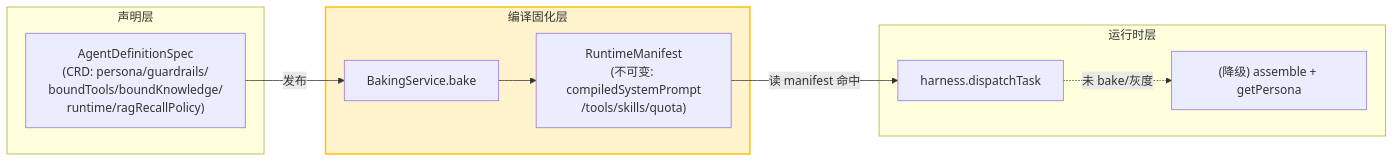
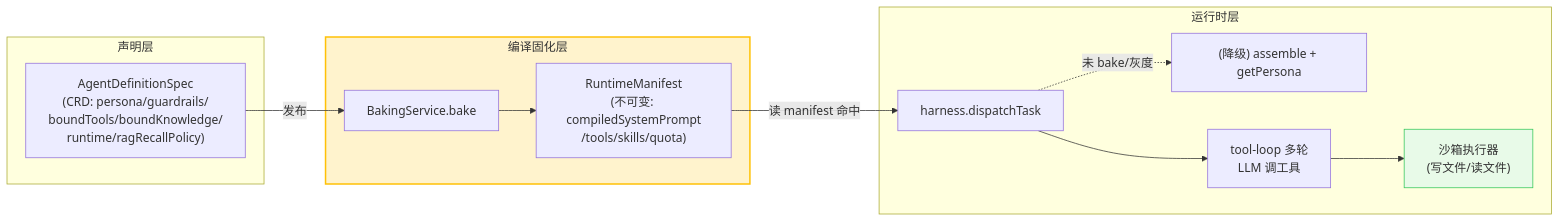
One commit to zqshi/Human-machine-runtime changed the second of 3 diagrams in README.md. Above: the diagram before and after it, drawn with Mermaid. The commit also changed other lines of this file, not shown here.

````diff
--- a/README.md
+++ b/README.md
@@ -143,18 +143,22 @@
 ```mermaid
 graph LR
   subgraph L1["声明层"]
     Spec["AgentDefinitionSpec<br/>(CRD: persona/guardrails/<br/>boundTools/boundKnowledge/<br/>runtime/ragRecallPolicy)"]
   end
   subgraph L2["编译固化层"]
     Bake["BakingService.bake"]
     Manifest["RuntimeManifest<br/>(不可变: compiledSystemPrompt<br/>/tools/skills/quota)"]
   end
   subgraph L3["运行时层"]
     Harness["harness.dispatchTask"]
     Asm["(降级) assemble + getPersona"]
+    Loop["tool-loop 多轮<br/>LLM 调工具"]
+    Sbx["沙箱执行器<br/>(写文件/读文件)"]
   end
   Spec -->|发布| Bake --> Manifest
   Manifest -->|读 manifest 命中| Harness
   Harness -.未 bake/灰度.-> Asm
+  Harness --> Loop --> Sbx
   style L2 fill:#fff3cd,stroke:#ffc107,stroke-width:2px
+  style Sbx fill:#e8fae8,stroke:#34c759
 ```
````
